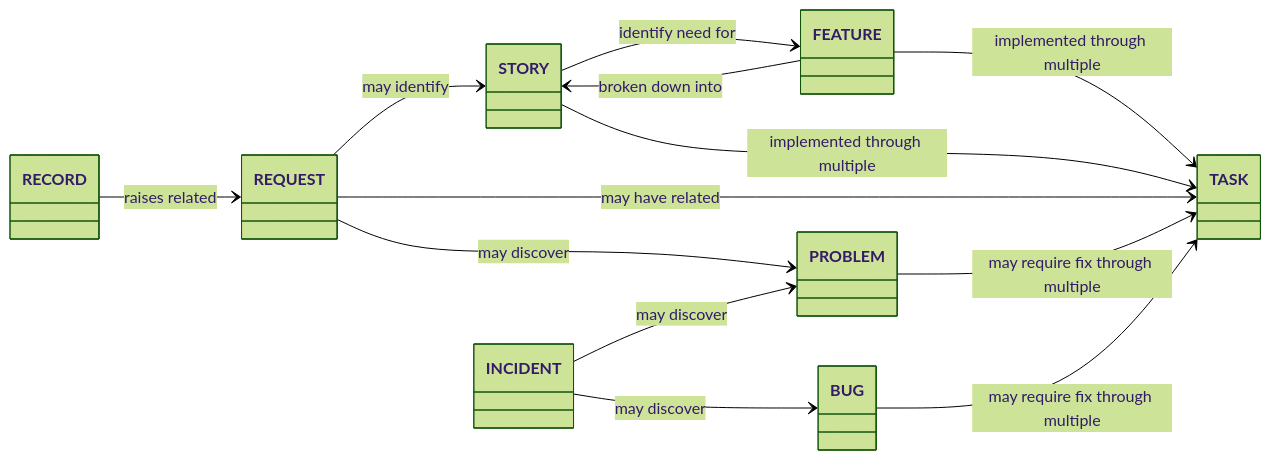
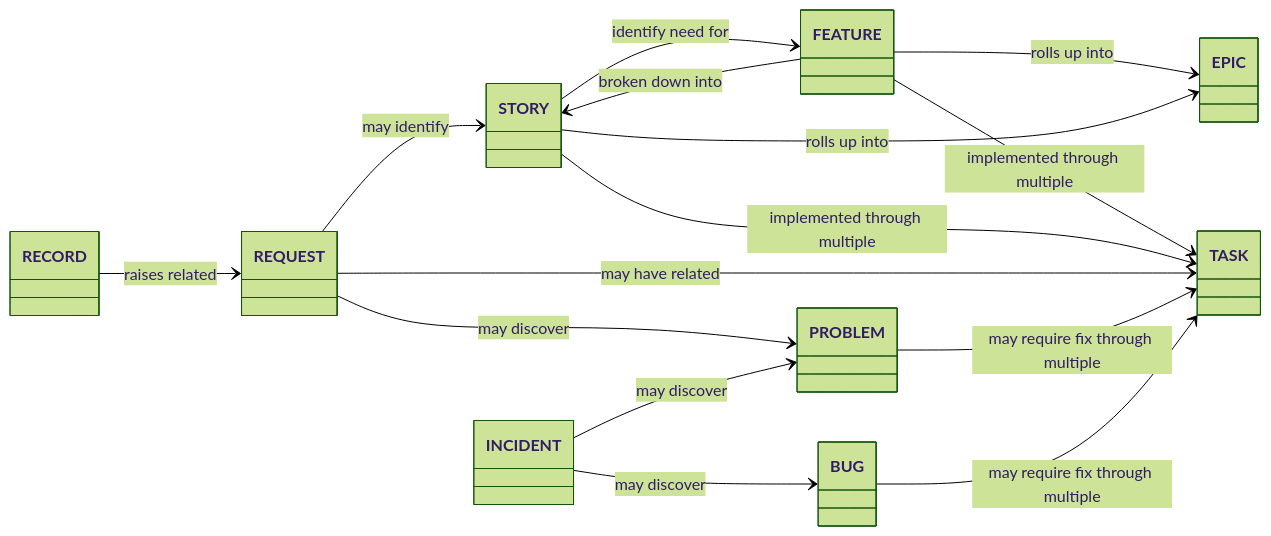
The diagram in work-items.md (UCL-MIRSG/.github), drawn with Mermaid (forest theme) before and after one commit. The commit also changed other lines of this file and 2 other files, not shown here.

Commit message:
Created an Epic-level issue (#133)
* Created an Epic-level issue

* Add info about how epics might work

* Tweaks to epic template

````diff
--- a/work-items.md
+++ b/work-items.md
@@ -26,54 +27,62 @@
 ```mermaid
 classDiagram
   direction LR
+
+    class EPIC {
+
+    }
 
     class RECORD {
 
     }
 
     class FEATURE{
         
     }
 
     class STORY{
         
     }
 
     class TASK{
         
     }
 
     class BUG{
         
     }
 
     class REQUEST{
         
     }
 
     class INCIDENT{
         
     }
 
     class PROBLEM{
         
     }
 
+    
     RECORD --> REQUEST: raises related 
+
+    FEATURE --> EPIC: rolls up into
+    STORY --> EPIC: rolls up into
 
     FEATURE --> STORY: broken down into
     FEATURE --> TASK: implemented through multiple
     STORY --> TASK: implemented through multiple
     STORY --> FEATURE: identify need for
     
     REQUEST --> STORY: may identify
     REQUEST --> PROBLEM: may discover
     REQUEST --> TASK: may have related
     
     INCIDENT --> BUG: may discover
     INCIDENT --> PROBLEM: may discover
    
     PROBLEM --> TASK: may require fix through multiple 
     BUG --> TASK: may require fix through multiple 
     
 ```
````
